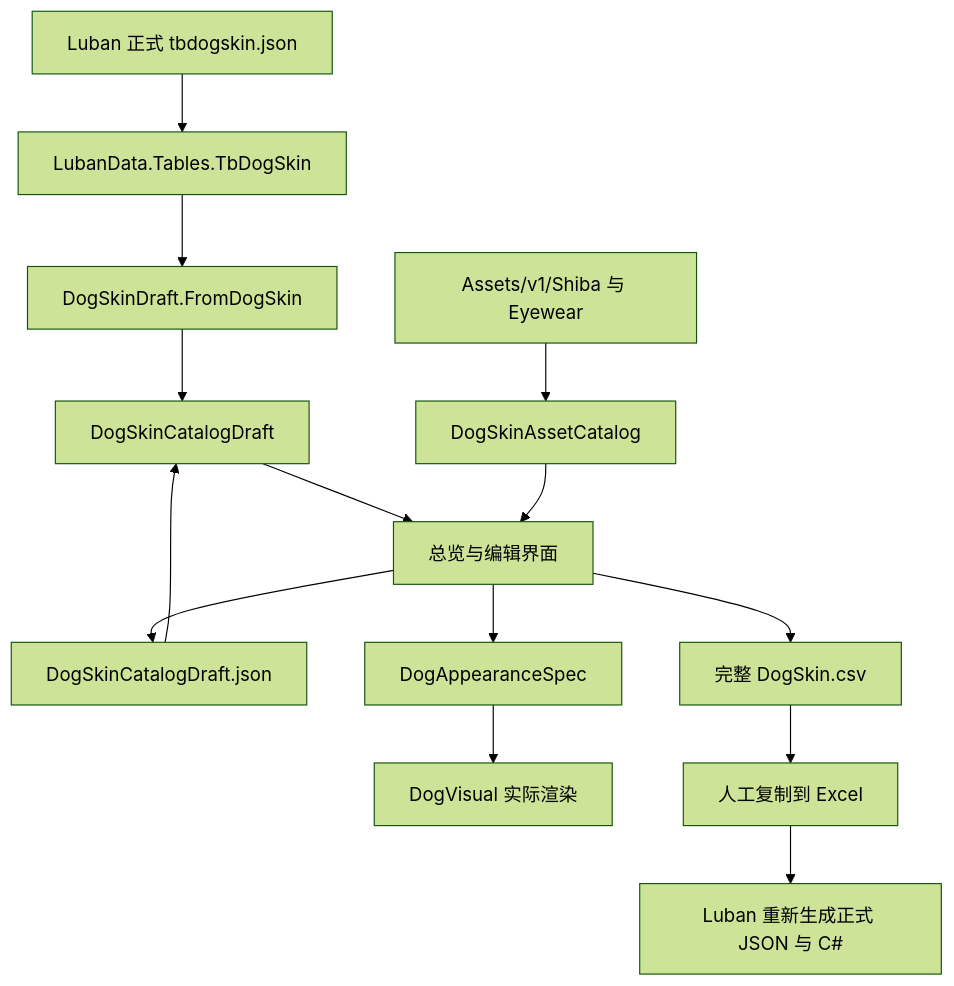
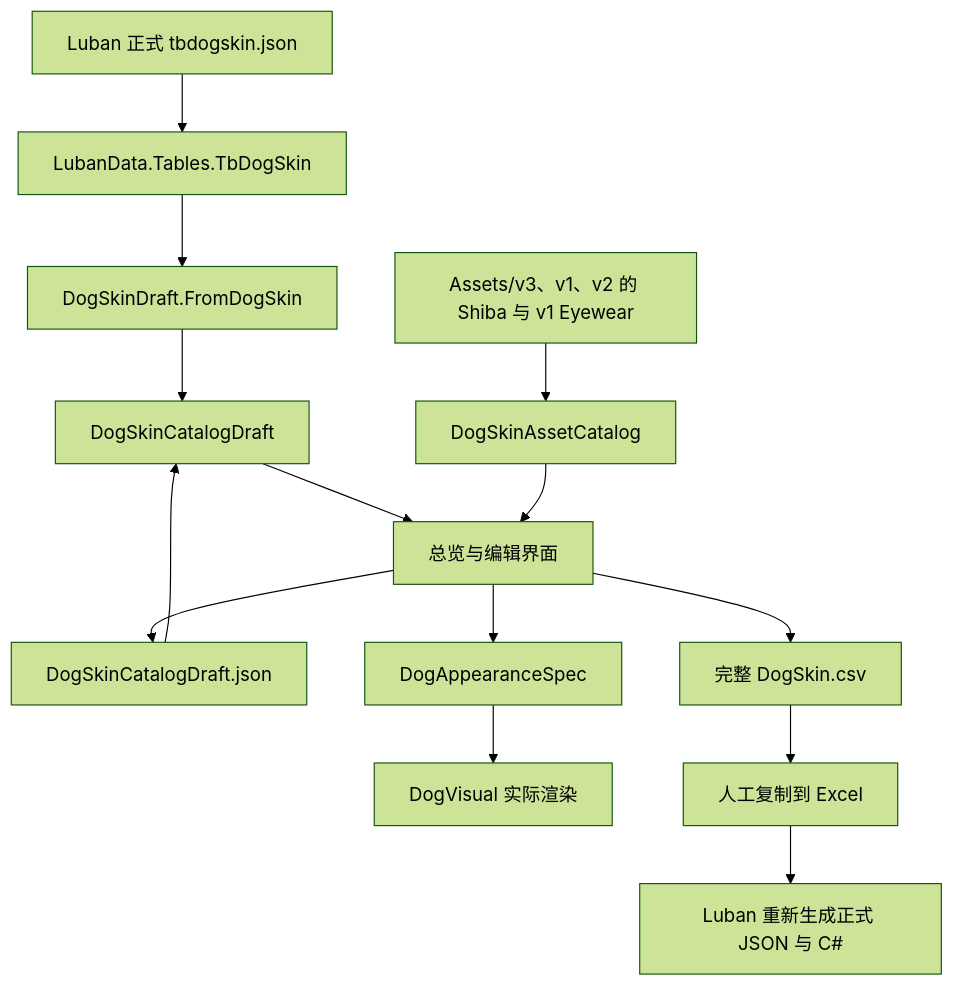
Before and after one commit to SeananTQ/lucky-dog-pub-2026: the first of 3 diagrams in docs/guide/dogskin-editor-guide.md, drawn with Mermaid (forest theme). The commit also changed other lines of this file and 7 other files, not shown here.

````diff
--- a/docs/guide/dogskin-editor-guide.md
+++ b/docs/guide/dogskin-editor-guide.md
@@ -75,16 +75,16 @@
 ```mermaid
 flowchart TD
     A[Luban 正式 tbdogskin.json] --> B[LubanData.Tables.TbDogSkin]
     B --> C[DogSkinDraft.FromDogSkin]
     D[DogSkinCatalogDraft.json] --> E[DogSkinCatalogDraft]
     C --> E
     E --> F[总览与编辑界面]
-    G[Assets/v1/Shiba 与 Eyewear] --> H[DogSkinAssetCatalog]
+    G[Assets/v3、v1、v2 的 Shiba 与 v1 Eyewear] --> H[DogSkinAssetCatalog]
     H --> F
     F --> I[DogAppearanceSpec]
     I --> J[DogVisual 实际渲染]
     F --> D
     F --> K[完整 DogSkin.csv]
     K --> L[人工复制到 Excel]
     L --> M[Luban 重新生成正式 JSON 与 C#]
 ```
````
